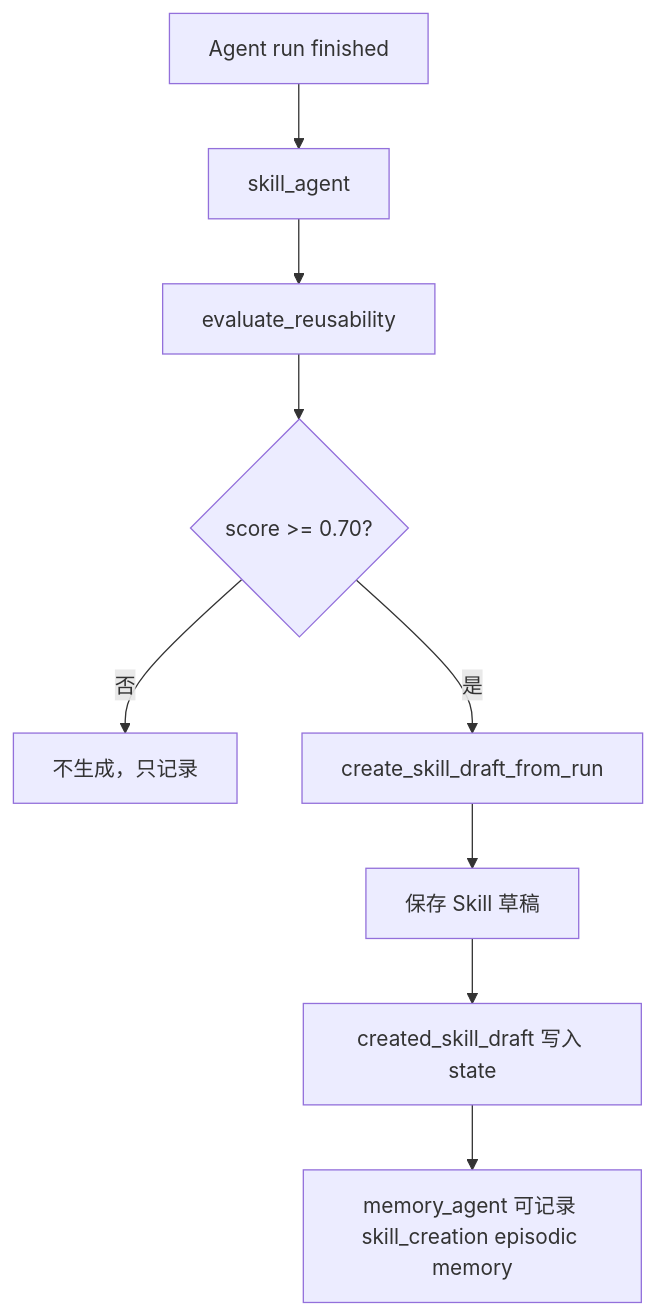
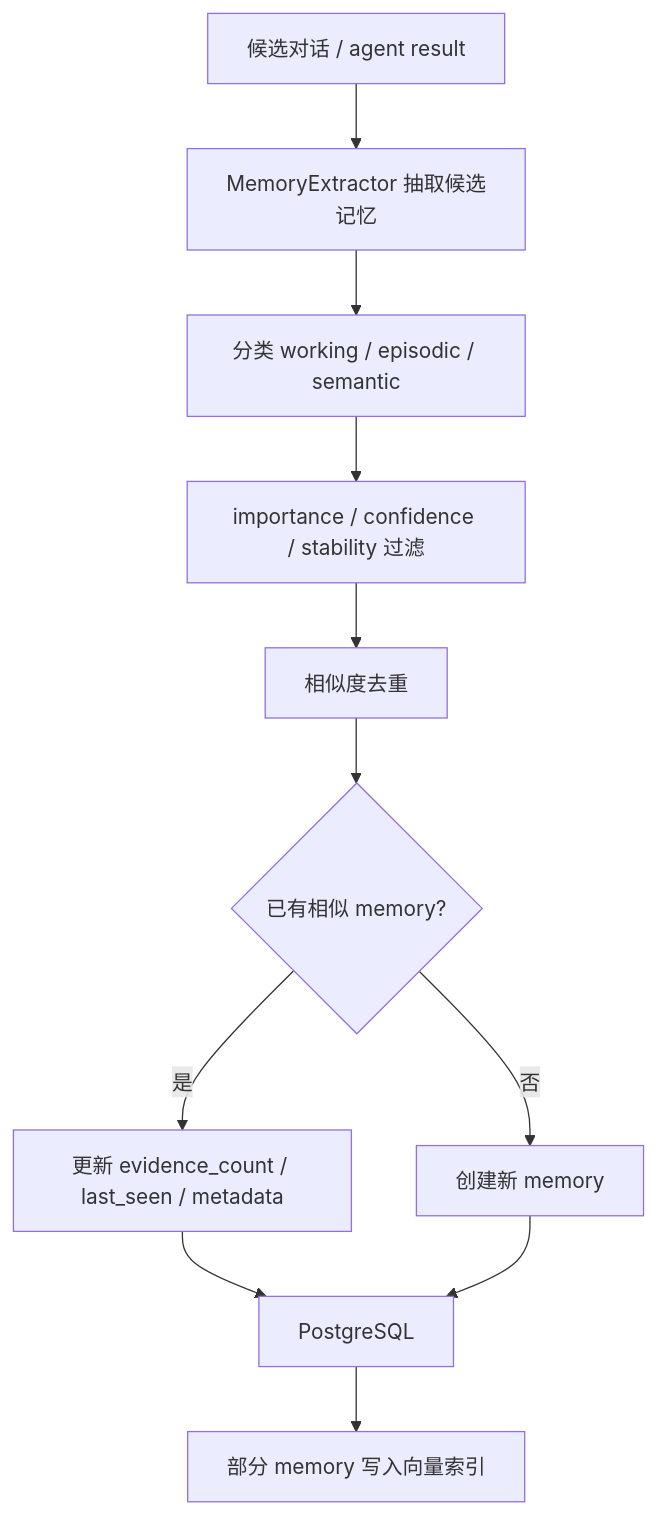
Before and after one commit to Ordish-cell/InsightGap-Agent: diagram 19 of 27 in agent面试.md, drawn with Mermaid. The commit also changed other lines of this file and 16 other files, not shown here.

````diff
--- a/agent面试.md
+++ b/agent面试.md
@@ -2250,11 +1385,13 @@
 ```mermaid
 flowchart TD
-    A["Agent run finished"] --> B["skill_agent"]
-    B --> C["evaluate_reusability"]
-    C --> D{"score >= 0.70?"}
-    D -->|否| E["不生成，只记录"]
-    D -->|是| F["create_skill_draft_from_run"]
-    F --> G["保存 Skill 草稿"]
-    G --> H["created_skill_draft 写入 state"]
-    H --> I["memory_agent 可记录 skill_creation episodic memory"]
+    A["候选对话 / agent result"] --> B["MemoryExtractor 抽取候选记忆"]
+    B --> C["分类 working / episodic / semantic"]
+    C --> D["importance / confidence / stability 过滤"]
+    D --> E["相似度去重"]
+    E --> F{"已有相似 memory?"}
+    F -->|是| G["更新 evidence_count / last_seen / metadata"]
+    F -->|否| H["创建新 memory"]
+    G --> I["PostgreSQL"]
+    H --> I
+    I --> J["部分 memory 写入向量索引"]
 ```
````
